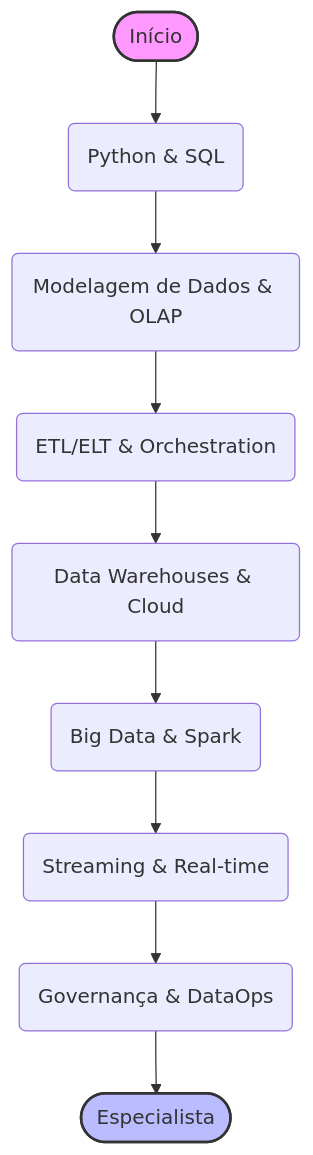
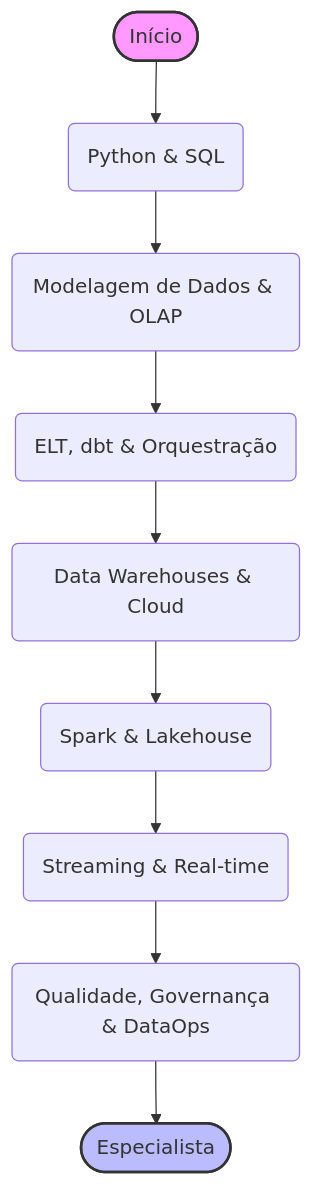
Before and after one commit to juninmd/roadmap-developer: the diagram in roadmaps/data/data-engineering.md, drawn with Mermaid. The commit also changed other lines of this file and 22 other files, not shown here.

````diff
--- a/roadmaps/data/data-engineering.md
+++ b/roadmaps/data/data-engineering.md
@@ -5,14 +5,14 @@
 ```mermaid
 flowchart TD
     Start([Início]) --> Lang(Python & SQL)
     Lang --> Modeling(Modelagem de Dados & OLAP)
-    Modeling --> ETL(ETL/ELT & Orchestration)
+    Modeling --> ETL(ELT, dbt & Orquestração)
     ETL --> Warehouse(Data Warehouses & Cloud)
-    Warehouse --> BigData(Big Data & Spark)
+    Warehouse --> BigData(Spark & Lakehouse)
     BigData --> Stream(Streaming & Real-time)
-    Stream --> Gov(Governança & DataOps)
+    Stream --> Gov(Qualidade, Governança & DataOps)
     Gov --> Spec([Especialista])
 
     style Start fill:#f9f,stroke:#333,stroke-width:2px
     style Spec fill:#bbf,stroke:#333,stroke-width:2px
 ```
````
